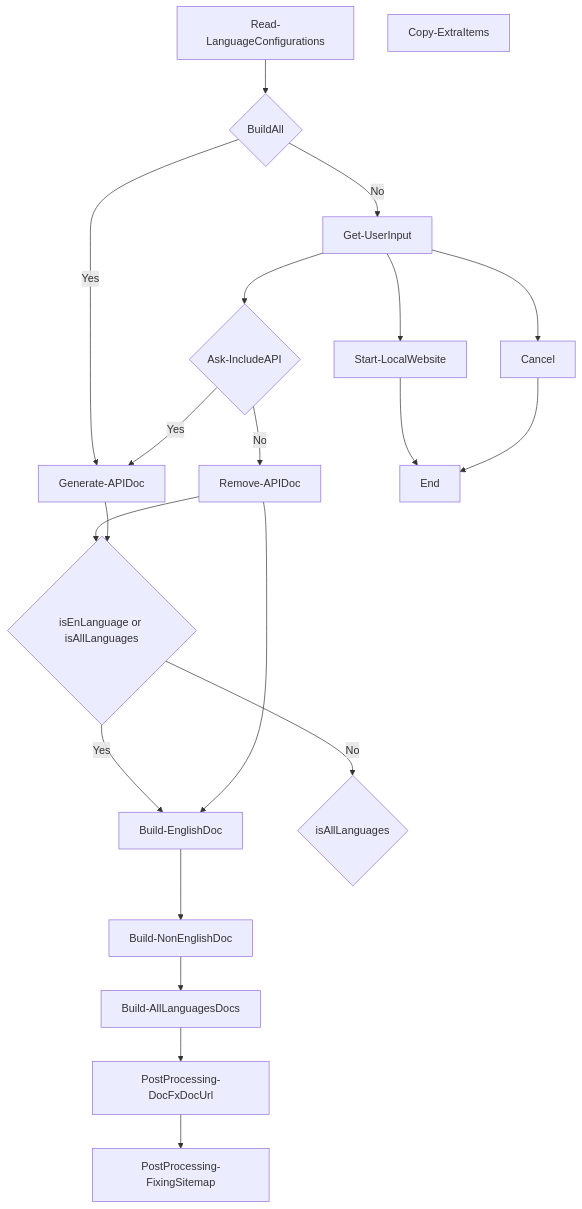
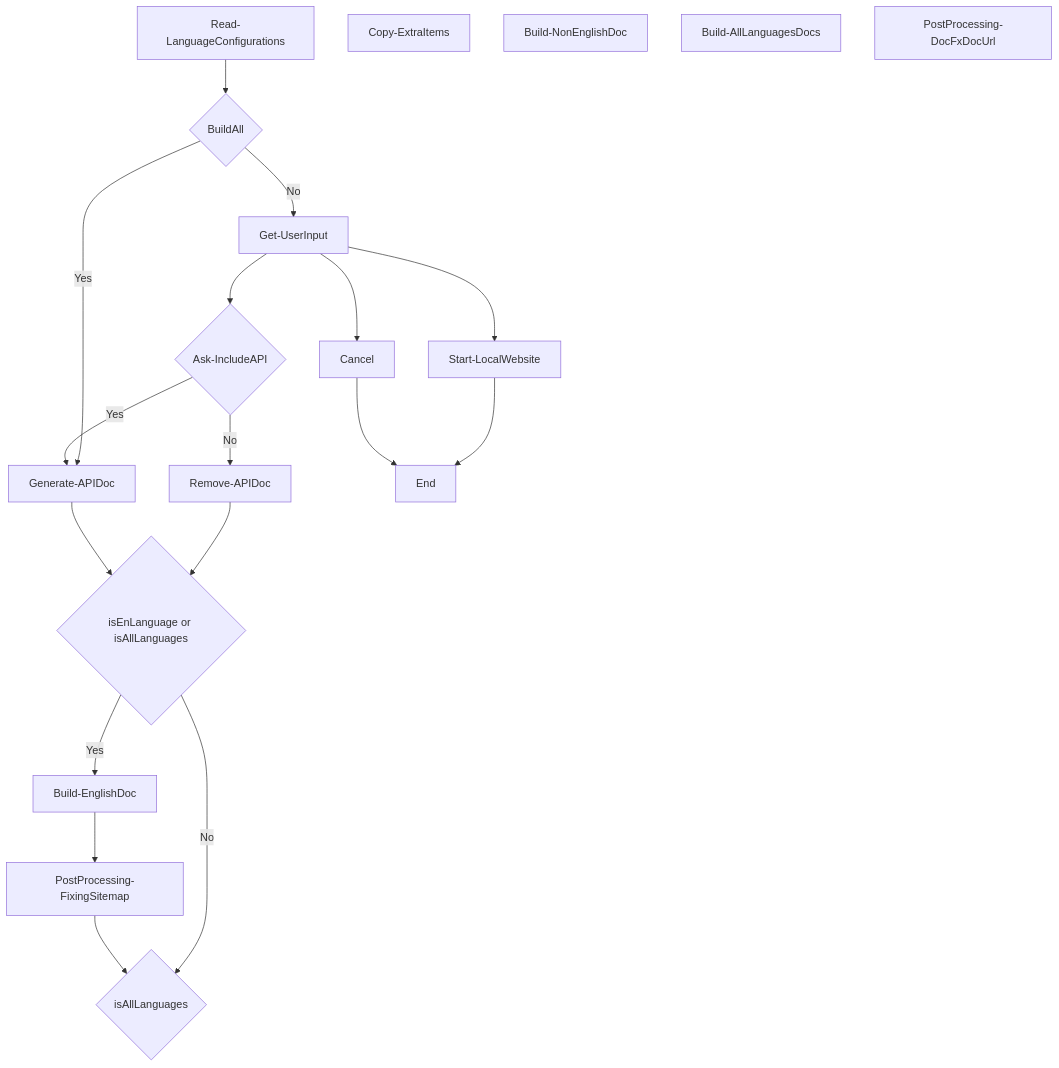
Before and after one commit to NexStandard/stride-docs-next: the second of 2 diagrams in README.md, drawn with Mermaid.

````diff
--- a/README.md
+++ b/README.md
@@ -165,37 +165,34 @@
 ``` mermaid
 graph TB
     A[Read-LanguageConfigurations]
     X1[BuildAll]
     B[Get-UserInput]
     C[Ask-IncludeAPI]
     D[Copy-ExtraItems]
     E[Start-LocalWebsite]
     F[Generate-APIDoc]
     G[Remove-APIDoc]
     H[Build-EnglishDoc]
     I[Build-NonEnglishDoc]
     J[Build-AllLanguagesDocs]
     K[PostProcessing-DocFxDocUrl]
     L[PostProcessing-FixingSitemap]
    
 
     A --> X1{BuildAll}
     X1 -->|No| B
     X1 -->|Yes| F
     B --> C{Ask-IncludeAPI}
     B --> E
     B --> X2[Cancel]
     E --> End
     X2 --> End[End]
     C -->|Yes| F
     C -->|No| G
     G --> X3{isEnLanguage or isAllLanguages}
     F --> X3
     X3 -->|Yes| H
     X3 -->|No| X4{isAllLanguages}
-    G --> H
-    H --> I
-    I --> J
-    J --> K
-    K --> L
+    H --> L
+    L --> X4
 ```
````
